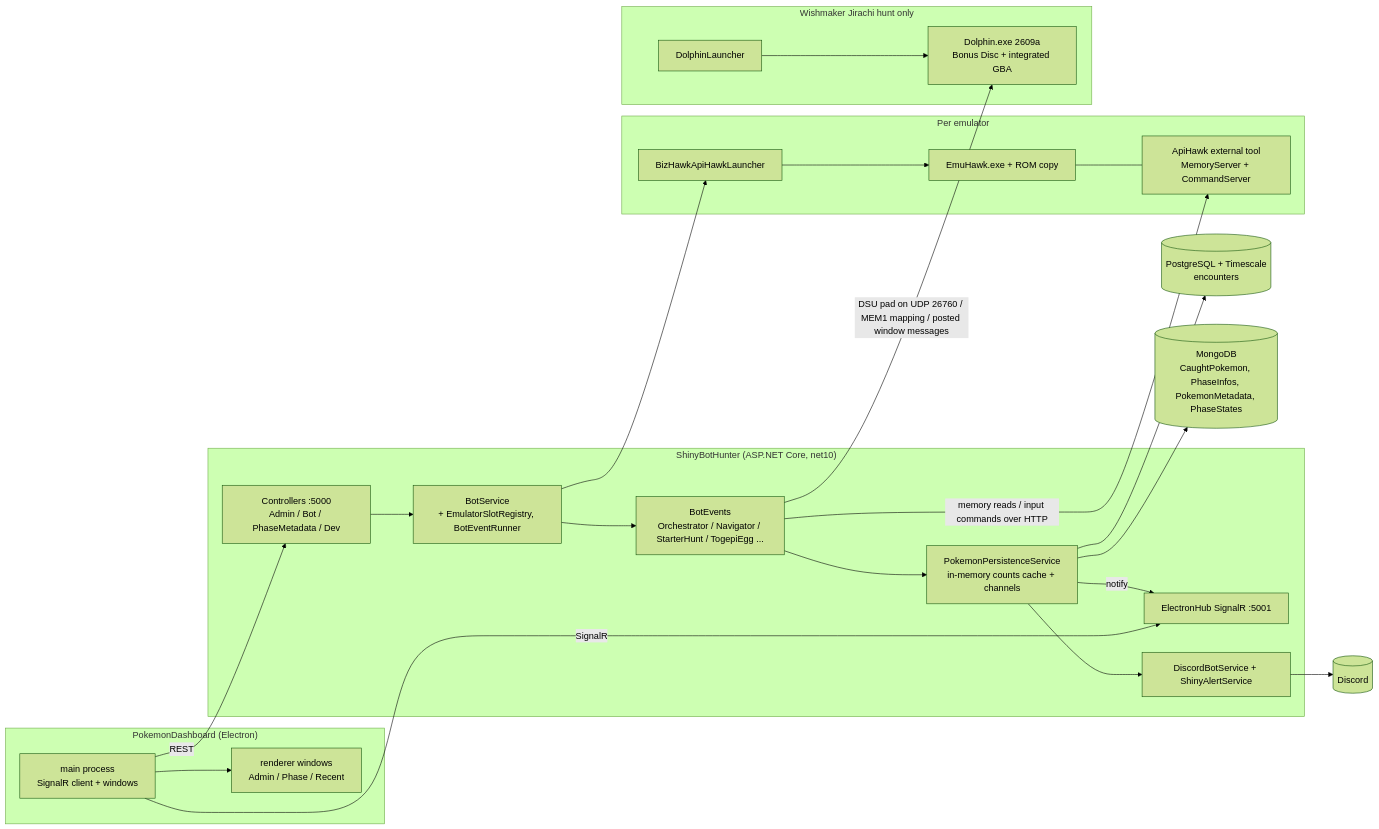
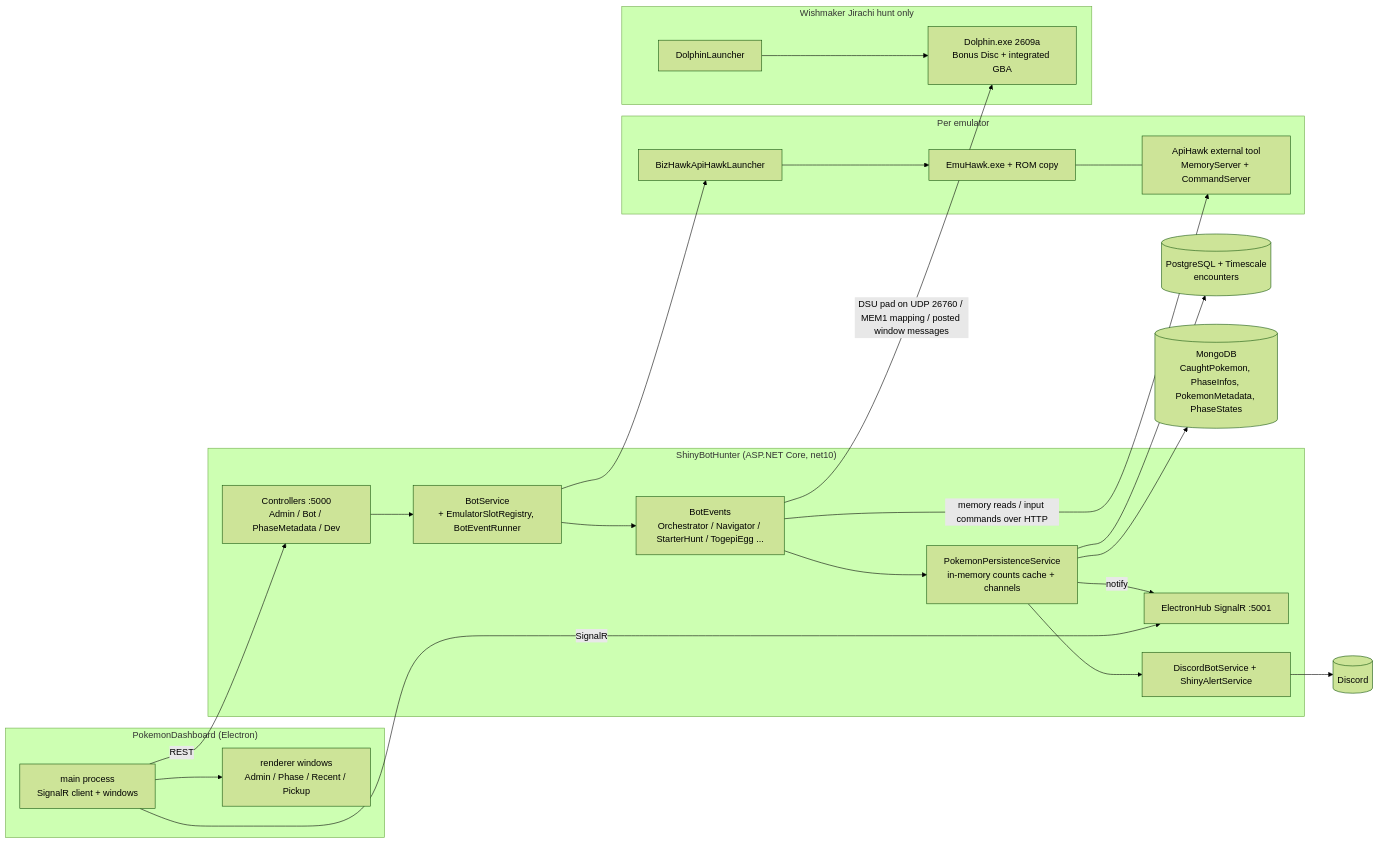
One commit to ppicinic/ShinyBotHunter changed the first of 2 diagrams in docs/architecture/system-overview.md. Above: the diagram before and after it, drawn with Mermaid (forest theme). The commit also changed other lines of this file and 2 other files, not shown here.

Commit message:
Pickup items close-out: architecture doc, What diverged, the unused import in the QA spec

````diff
--- a/docs/architecture/system-overview.md
+++ b/docs/architecture/system-overview.md
@@ -20,40 +20,40 @@
 ```mermaid
 flowchart LR
   subgraph Dashboard["PokemonDashboard (Electron)"]
-    Main[main process<br/>SignalR client + windows] --> Renderer[renderer windows<br/>Admin / Phase / Recent]
+    Main[main process<br/>SignalR client + windows] --> Renderer[renderer windows<br/>Admin / Phase / Recent / Pickup]
   end
 
   subgraph Backend["ShinyBotHunter (ASP.NET Core, net10)"]
     API[Controllers :5000<br/>Admin / Bot / PhaseMetadata / Dev]
     Hub[ElectronHub SignalR :5001]
     BotSvc[BotService<br/>+ EmulatorSlotRegistry, BotEventRunner]
     Events[BotEvents<br/>Orchestrator / Navigator / StarterHunt / TogepiEgg ...]
     Persist[PokemonPersistenceService<br/>in-memory counts cache + channels]
     Discord[DiscordBotService + ShinyAlertService]
   end
 
   subgraph Emu["Per emulator"]
     Launcher[BizHawkApiHawkLauncher] --> EmuHawk[EmuHawk.exe + ROM copy]
     EmuHawk --- ApiHawk[ApiHawk external tool<br/>MemoryServer + CommandServer]
   end
 
   subgraph Dol["Wishmaker Jirachi hunt only"]
     DolLauncher[DolphinLauncher] --> Dolphin[Dolphin.exe 2609a<br/>Bonus Disc + integrated GBA]
   end
 
   PG[(PostgreSQL + Timescale<br/>encounters)]
   Mongo[(MongoDB<br/>CaughtPokemon, PhaseInfos, PokemonMetadata, PhaseStates)]
   DiscordAPI[(Discord)]
 
   Main -- REST --> API
   Main -- SignalR --> Hub
   API --> BotSvc --> Events
   Events -- memory reads / input commands over HTTP --> ApiHawk
   Events -- DSU pad on UDP 26760 / MEM1 mapping / posted window messages --> Dolphin
   BotSvc --> Launcher
   Events --> Persist
   Persist --> PG
   Persist --> Mongo
   Persist -- notify --> Hub
   Persist --> Discord --> DiscordAPI
 ```
````
